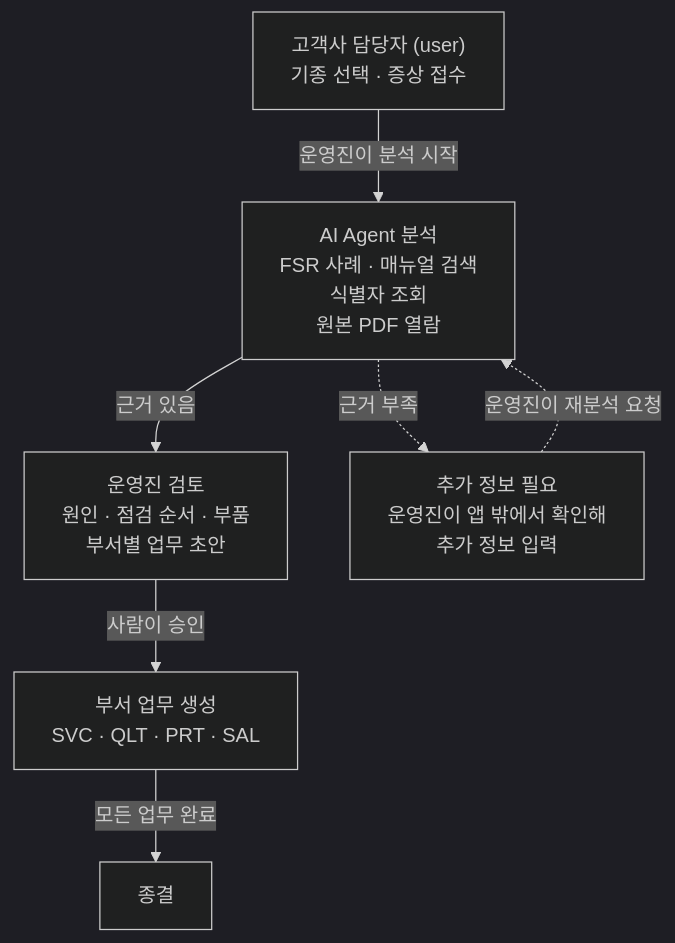
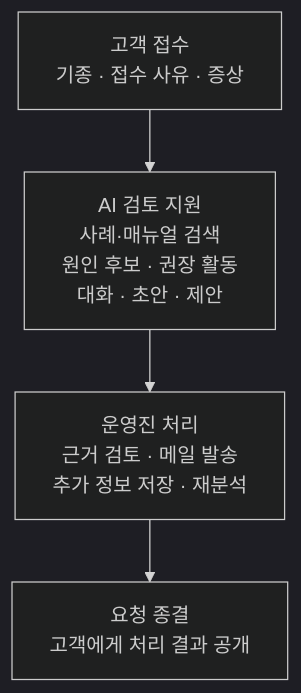
Before and after one commit to lgd12345/M2-1_codyssey_Final_Project: the first of 6 diagrams in README.md, drawn with Mermaid (dark theme). The commit also changed other lines of this file and 37 other files, not shown here.

````diff
--- a/README.md
+++ b/README.md
@@ -29,10 +30,7 @@
 ```mermaid
 flowchart TD
-    C["고객사 담당자 (user)<br/>기종 선택 · 증상 접수"] -->|"운영진이 분석 시작"| A
-    A["AI Agent 분석<br/>FSR 사례 · 매뉴얼 검색<br/>식별자 조회<br/>원본 PDF 열람"]
-    A -->|"근거 있음"| V["운영진 검토<br/>원인 · 점검 순서 · 부품<br/>부서별 업무 초안"]
-    A -.->|"근거 부족"| Q["추가 정보 필요<br/>운영진이 앱 밖에서 확인해<br/>추가 정보 입력"]
-    Q -.->|"운영진이 재분석 요청"| A
-    V -->|"사람이 승인"| W["부서 업무 생성<br/>SVC · QLT · PRT · SAL"]
-    W -->|"모든 업무 완료"| D["종결"]
+    C["고객 접수<br/>기종 · 접수 사유 · 증상"] --> A
+    A["AI 검토 지원<br/>사례·매뉴얼 검색<br/>원인 후보 · 권장 활동<br/>대화 · 초안 · 제안"] --> O
+    O["운영진 처리<br/>근거 검토 · 메일 발송<br/>추가 정보 저장 · 재분석"] --> D
+    D["요청 종결<br/>고객에게 처리 결과 공개"]
 ```
````
